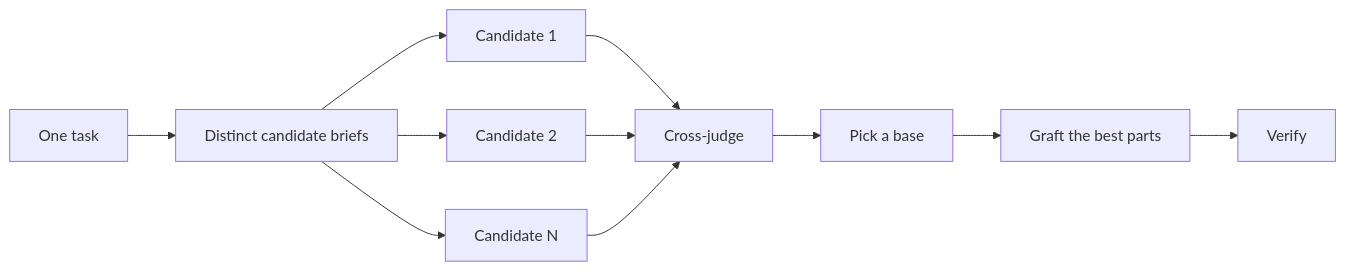
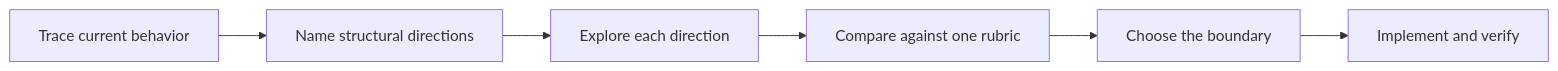
One commit to drrius/pstack-portable changed the diagram in docs/guide/04-design.md. Above: the diagram before and after it, drawn with Mermaid. The commit also changed other lines of this file and 180 other files, not shown here.

````diff
--- a/docs/guide/04-design.md
+++ b/docs/guide/04-design.md
@@ -29,13 +29,8 @@
 ```mermaid
 flowchart LR
-    A[One task] --> B[Distinct candidate briefs]
-    B --> C[Candidate 1]
-    B --> D[Candidate 2]
-    B --> E[Candidate N]
-    C --> F[Cross-judge]
-    D --> F
-    E --> F
-    F --> G[Pick a base]
-    G --> H[Graft the best parts]
-    H --> I[Verify]
+    A[Trace current behavior] --> B[Name structural directions]
+    B --> C[Explore each direction]
+    C --> D[Compare against one rubric]
+    D --> E[Choose the boundary]
+    E --> F[Implement and verify]
 ```
````
